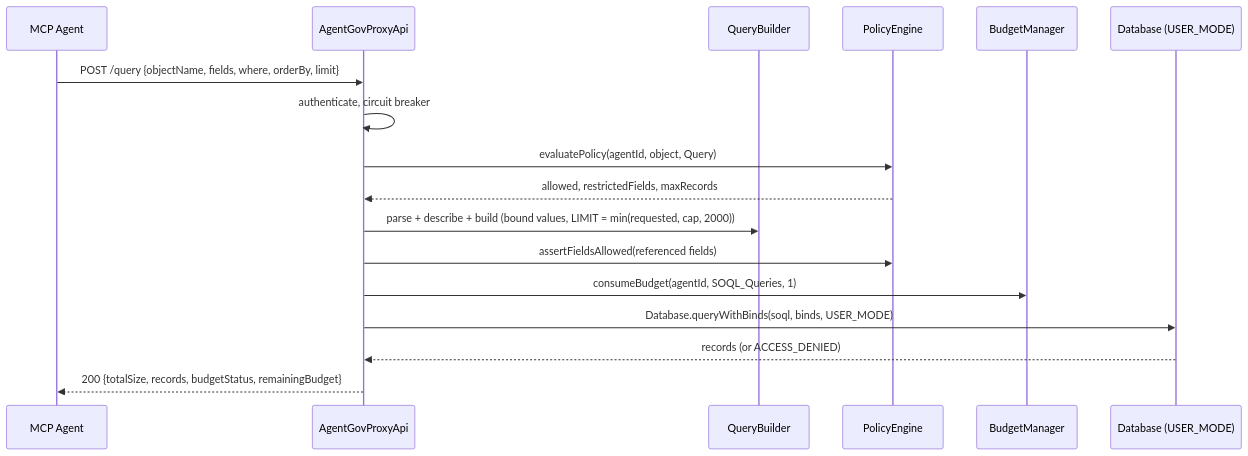
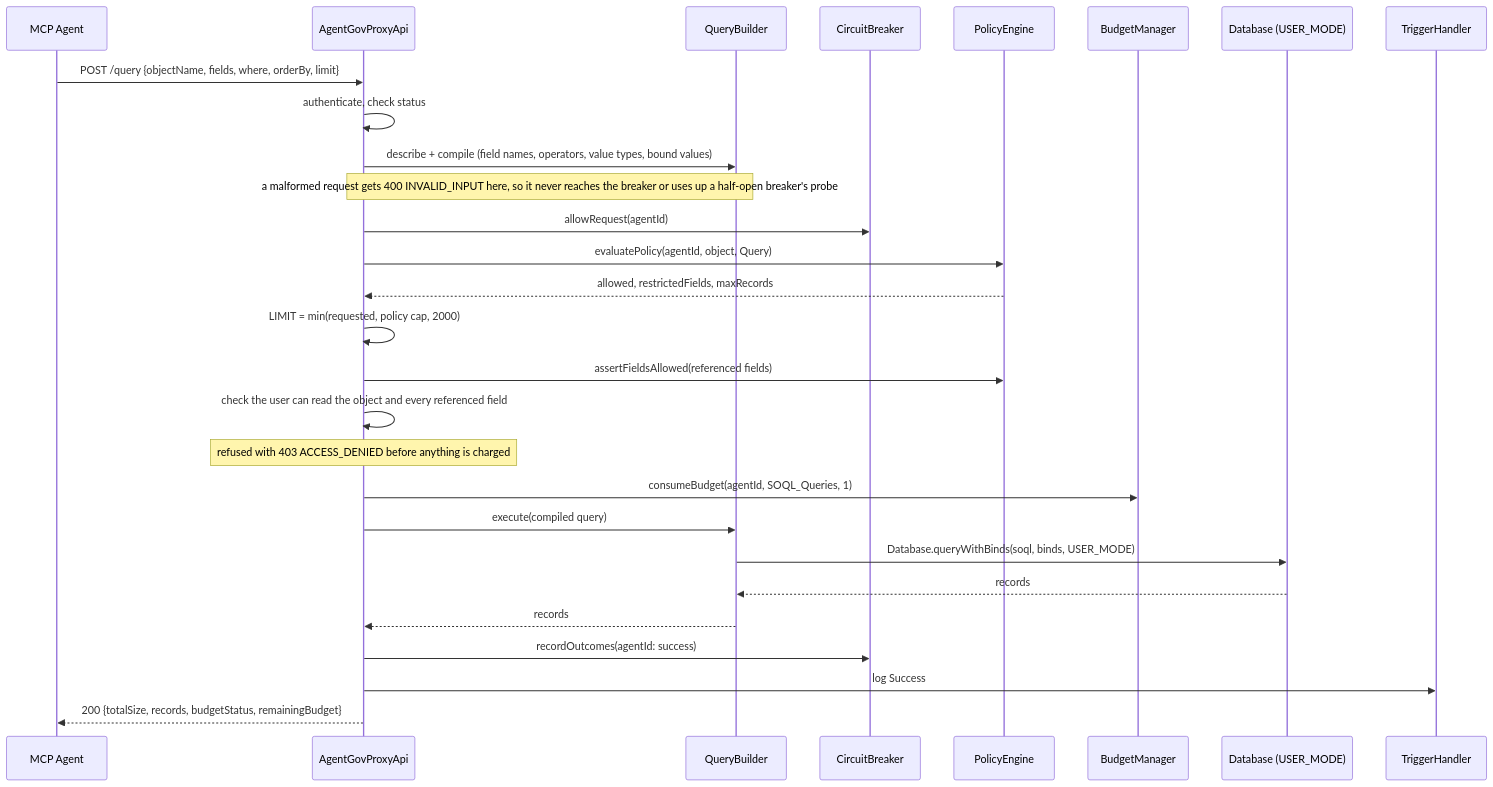
One commit to himanshupalerwal/salesforce-agent-governance changed the fifth of 7 diagrams in docs/architecture.md. Above: the diagram before and after it, drawn with Mermaid. The commit also changed other lines of this file and 15 other files, not shown here.

First line of the commit message:
docs: align every guide with v1.3 behaviour and record the fixes in the changelog

````diff
--- a/docs/architecture.md
+++ b/docs/architecture.md
@@ -387,20 +398,31 @@
 ```mermaid
 sequenceDiagram
     participant Agent as MCP Agent
     participant PROXY as AgentGovProxyApi
     participant QB as QueryBuilder
+    participant CB as CircuitBreaker
     participant PE as PolicyEngine
     participant BM as BudgetManager
     participant SF as Database (USER_MODE)
+    participant TH as TriggerHandler
 
     Agent->>PROXY: POST /query {objectName, fields, where, orderBy, limit}
-    PROXY->>PROXY: authenticate, circuit breaker
+    PROXY->>PROXY: authenticate, check status
+    PROXY->>QB: describe + compile (field names, operators, value types, bound values)
+    Note over PROXY,QB: a malformed request gets 400 INVALID_INPUT here, so it never reaches the breaker or uses up a half-open breaker's probe
+    PROXY->>CB: allowRequest(agentId)
     PROXY->>PE: evaluatePolicy(agentId, object, Query)
     PE-->>PROXY: allowed, restrictedFields, maxRecords
-    PROXY->>QB: parse + describe + build (bound values, LIMIT = min(requested, cap, 2000))
+    PROXY->>PROXY: LIMIT = min(requested, policy cap, 2000)
     PROXY->>PE: assertFieldsAllowed(referenced fields)
+    PROXY->>PROXY: check the user can read the object and every referenced field
+    Note over PROXY: refused with 403 ACCESS_DENIED before anything is charged
     PROXY->>BM: consumeBudget(agentId, SOQL_Queries, 1)
-    PROXY->>SF: Database.queryWithBinds(soql, binds, USER_MODE)
-    SF-->>PROXY: records (or ACCESS_DENIED)
+    PROXY->>QB: execute(compiled query)
+    QB->>SF: Database.queryWithBinds(soql, binds, USER_MODE)
+    SF-->>QB: records
+    QB-->>PROXY: records
+    PROXY->>CB: recordOutcomes(agentId: success)
+    PROXY->>TH: log Success
     PROXY-->>Agent: 200 {totalSize, records, budgetStatus, remainingBudget}
 ```
````
